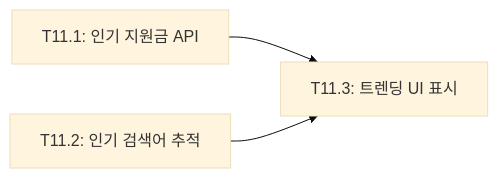
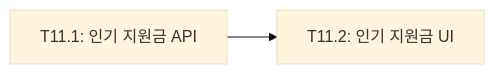
The eighth of 9 diagrams in docs/planning/06-tasks.md (sseok-lee/alimi), drawn with Mermaid (base theme) before and after one commit. The commit also changed other lines of this file, not shown here.

First line of the commit message:
docs: Phase 11 태스크 조정 - 인기 검색어 제거

````diff
--- a/docs/planning/06-tasks.md
+++ b/docs/planning/06-tasks.md
@@ -2780,5 +2757,4 @@
 ```mermaid
 graph LR
-    T11.1[T11.1: 인기 지원금 API] --> T11.3[T11.3: 트렌딩 UI 표시]
-    T11.2[T11.2: 인기 검색어 추적] --> T11.3
+    T11.1[T11.1: 인기 지원금 API] --> T11.2[T11.2: 인기 지원금 UI]
 ```
````
